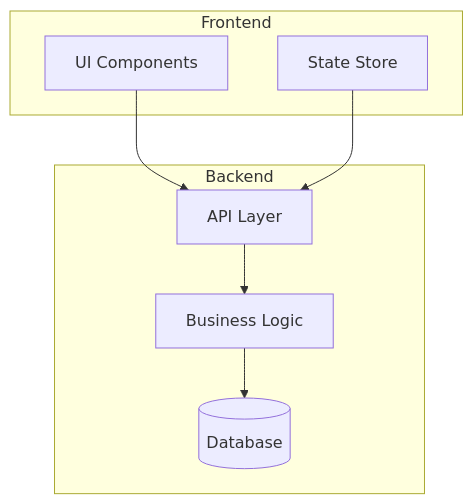
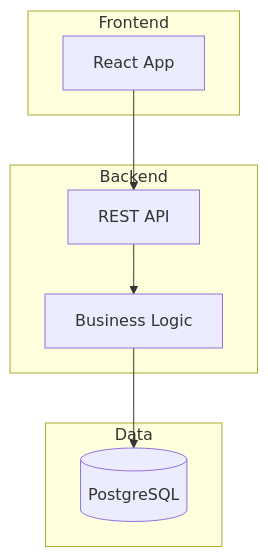
Before and after one commit to pproenca/dot-claude: the second of 13 diagrams in plugins/super/agents/diagram-generator.md, drawn with Mermaid. The commit also changed other lines of this file and 2 other files, not shown here.

First line of the commit message:
refactor(super): slim down code-reviewer, security-reviewer, diagram-generator agents

````diff
--- a/plugins/super/agents/diagram-generator.md
+++ b/plugins/super/agents/diagram-generator.md
@@ -165,16 +59,16 @@
 ```mermaid
 graph TB
     subgraph Frontend
-        UI[UI Components]
-        State[State Store]
+        UI[React App]
     end
     subgraph Backend
-        API[API Layer]
+        API[REST API]
         Service[Business Logic]
-        DB[(Database)]
+    end
+    subgraph Data
+        DB[(PostgreSQL)]
     end
     UI --> API
-    State --> API
     API --> Service
     Service --> DB
 ```
````
